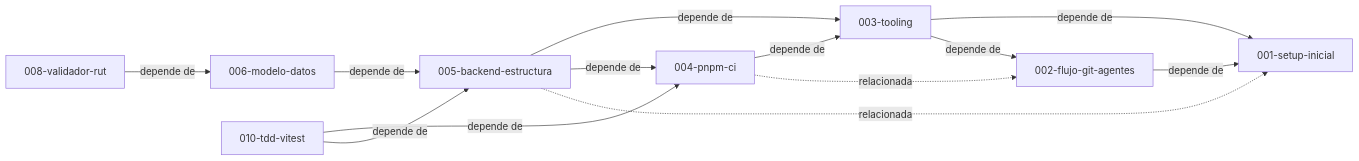
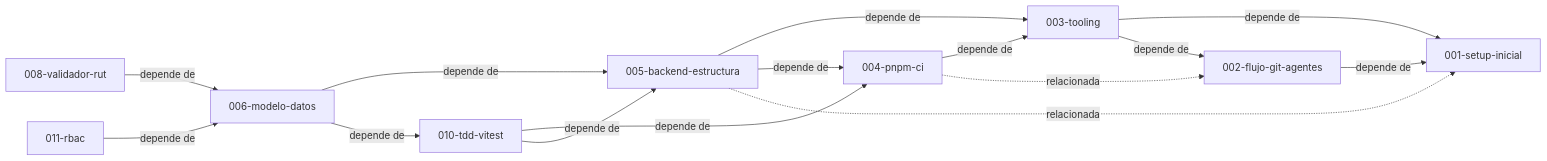
One commit to DavidSlva/financial-risk-manager changed the diagram in docs/specs/README.md. Above: the diagram before and after it, drawn with Mermaid. The commit also changed other lines of this file and 5 other files, not shown here.

````diff
--- a/docs/specs/README.md
+++ b/docs/specs/README.md
@@ -27,23 +28,26 @@
 ```mermaid
 graph LR
   S001[001-setup-inicial]
   S002[002-flujo-git-agentes]
   S003[003-tooling]
   S004[004-pnpm-ci]
   S005[005-backend-estructura]
   S006[006-modelo-datos]
   S008[008-validador-rut]
   S010[010-tdd-vitest]
+  S011[011-rbac]
   S002 -->|depende de| S001
   S003 -->|depende de| S001
   S003 -->|depende de| S002
   S004 -->|depende de| S003
   S004 -.->|relacionada| S002
   S005 -->|depende de| S003
   S005 -->|depende de| S004
   S005 -.->|relacionada| S001
   S006 -->|depende de| S005
   S008 -->|depende de| S006
   S010 -->|depende de| S004
   S010 -->|depende de| S005
+  S006 -->|depende de| S010
+  S011 -->|depende de| S006
 ```
````
